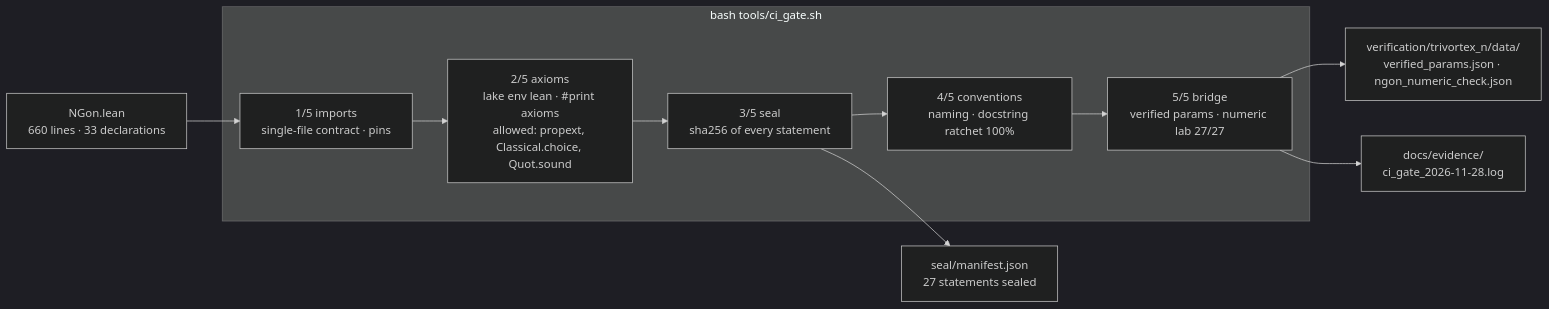
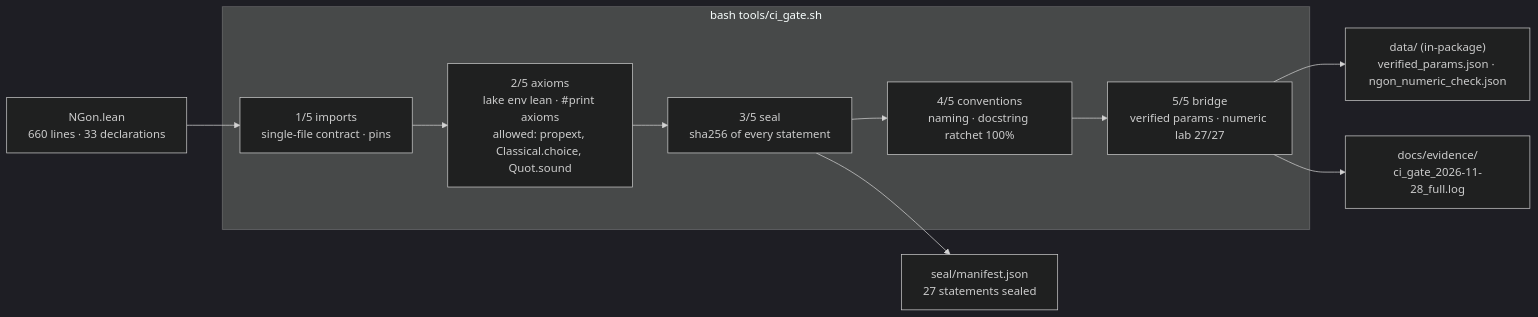
One commit to wild8highlander/Trivortex changed the second of 4 diagrams in verification/NGoen_lean4/README.md. Above: the diagram before and after it, drawn with Mermaid (dark theme). The commit also changed other lines of this file, not shown here.

Commit message:
README: статусы — все 5 гейтов PASS (полная компиляция в песочнице), лаборатория коммитится, пути фактические (data/ в пакете, cd verification/NGoen_lean4)

````diff
--- a/verification/NGoen_lean4/README.md
+++ b/verification/NGoen_lean4/README.md
@@ -247,15 +249,15 @@
 ```mermaid
 flowchart LR
   SRC["NGon.lean\n660 lines · 33 declarations"] --> G1
   subgraph GATES["bash tools/ci_gate.sh"]
     G1["1/5 imports\nsingle-file contract · pins"]
     G2["2/5 axioms\nlake env lean · #print axioms\nallowed: propext, Classical.choice, Quot.sound"]
     G3["3/5 seal\nsha256 of every statement"]
     G4["4/5 conventions\nnaming · docstring ratchet 100%"]
     G5["5/5 bridge\nverified params · numeric lab 27/27"]
   end
   G1 --> G2 --> G3 --> G4 --> G5
   G3 --> SEAL["seal/manifest.json\n27 statements sealed"]
-  G5 --> LAB["verification/trivortex_n/data/\nverified_params.json · ngon_numeric_check.json"]
-  G5 --> LOG["docs/evidence/\nci_gate_2026-11-28.log"]
+  G5 --> LAB["data/ (in-package)\nverified_params.json · ngon_numeric_check.json"]
+  G5 --> LOG["docs/evidence/\nci_gate_2026-11-28_full.log"]
 ```
````
